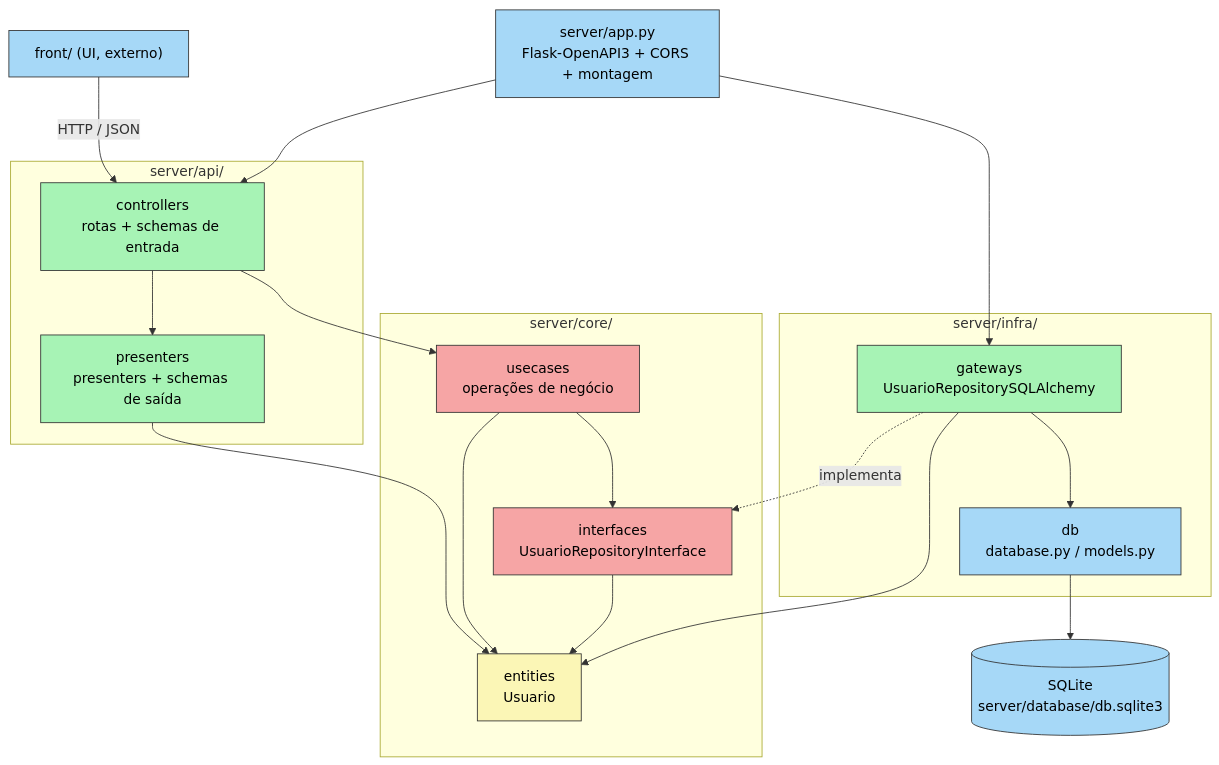
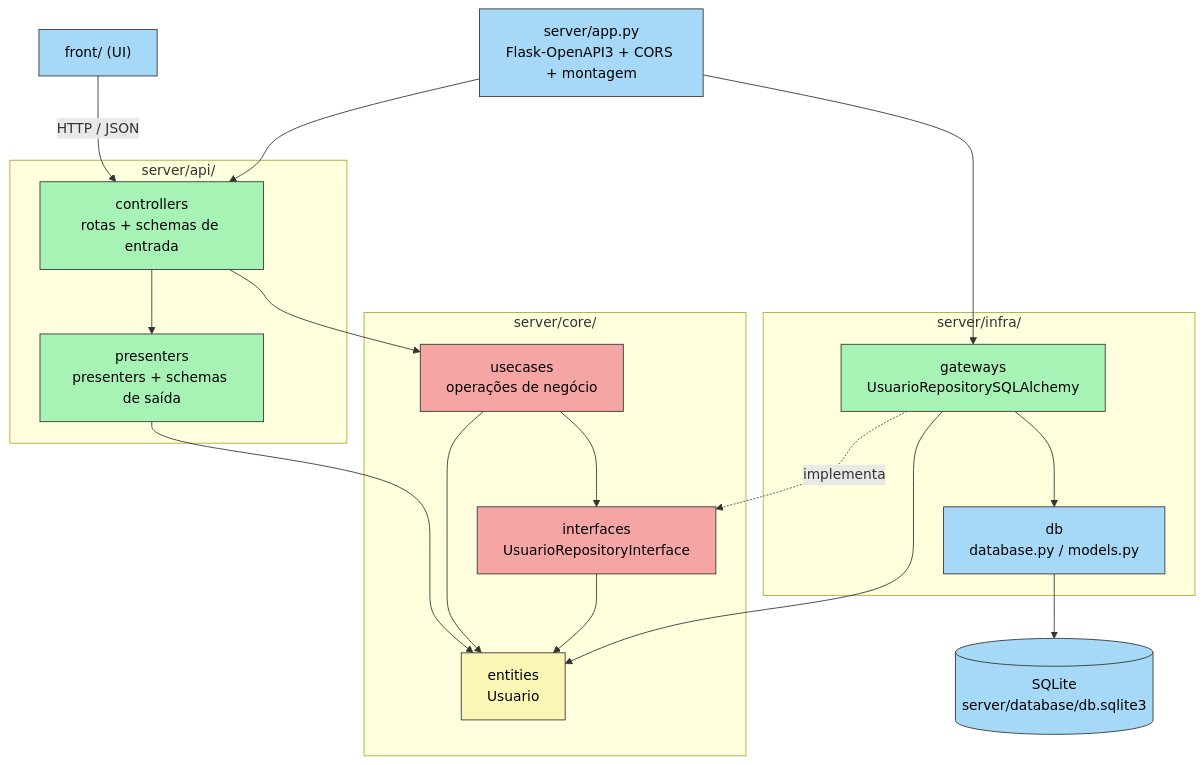
The first of 2 diagrams in ARQUITETURA.md (xXeverton/classificados-puc), drawn with Mermaid before and after one commit. The commit also changed other lines of this file and 42 other files, not shown here.

````diff
--- a/ARQUITETURA.md
+++ b/ARQUITETURA.md
@@ -106,47 +106,47 @@
 ```mermaid
 flowchart TB
-    UI["front/ (UI, externo)"]
+    UI["front/ (UI)"]
 
     subgraph API["server/api/"]
         CTRL["controllers<br/>rotas + schemas de entrada"]
         PRES["presenters<br/>presenters + schemas de saída"]
     end
 
     subgraph CORE["server/core/"]
         UC["usecases<br/>operações de negócio"]
         IF["interfaces<br/>UsuarioRepositoryInterface"]
         ENT["entities<br/>Usuario"]
     end
 
     subgraph INFRA["server/infra/"]
         GW["gateways<br/>UsuarioRepositorySQLAlchemy"]
         DB["db<br/>database.py / models.py"]
     end
 
     APP["server/app.py<br/>Flask-OpenAPI3 + CORS + montagem"]
     SQLITE[("SQLite<br/>server/database/db.sqlite3")]
 
     UI -- "HTTP / JSON" --> CTRL
     CTRL --> UC
     CTRL --> PRES
     PRES --> ENT
     UC --> IF
     UC --> ENT
     IF --> ENT
     GW -. "implementa" .-> IF
     GW --> ENT
     GW --> DB
     DB --> SQLITE
     APP --> CTRL
     APP --> GW
 
     classDef entities fill:#fbf6b6,stroke:#333,color:#000
     classDef usecases fill:#f6a5a5,stroke:#333,color:#000
     classDef adapters fill:#a7f3b5,stroke:#333,color:#000
     classDef frameworks fill:#a6d8f7,stroke:#333,color:#000
 
     class ENT entities
     class UC,IF usecases
     class CTRL,PRES,GW adapters
     class DB,SQLITE,UI,APP frameworks
 ```
````
